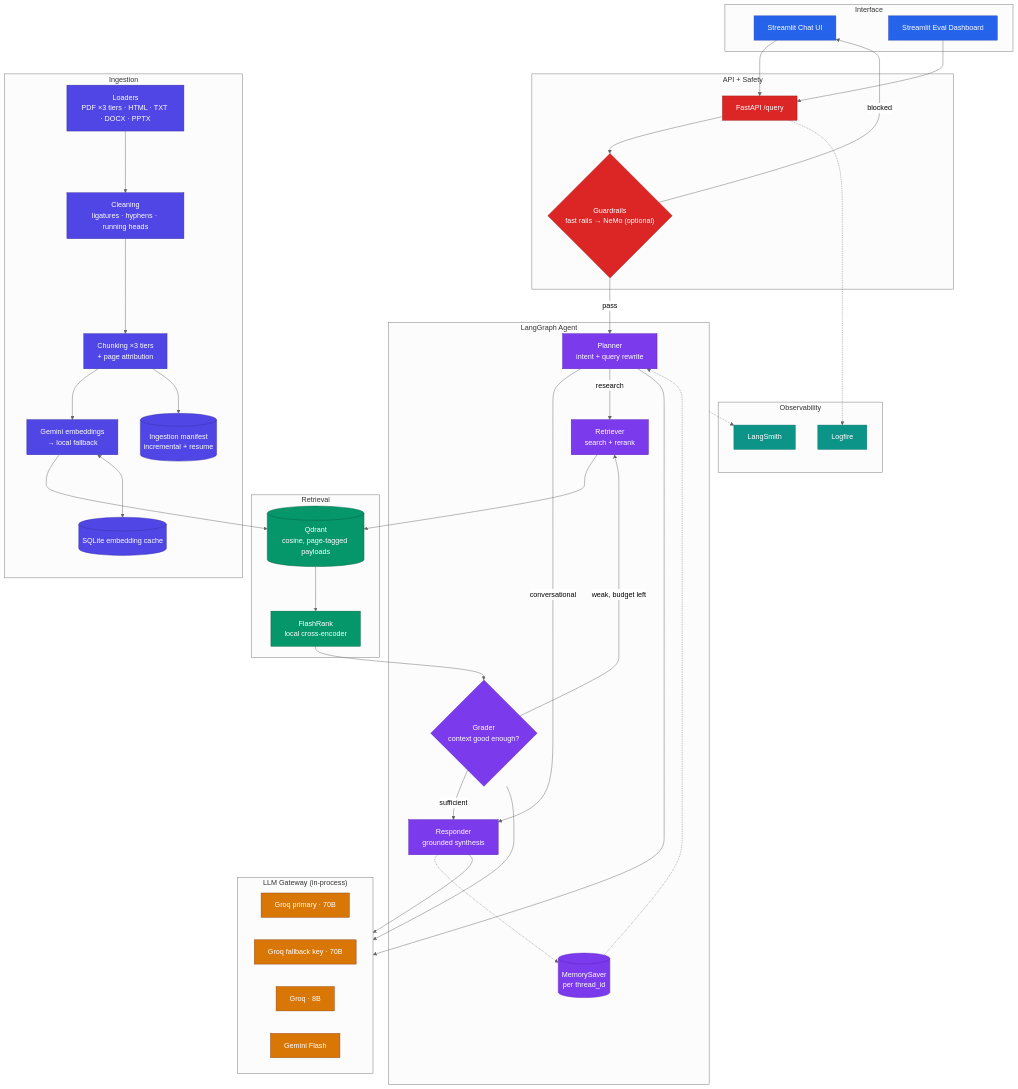
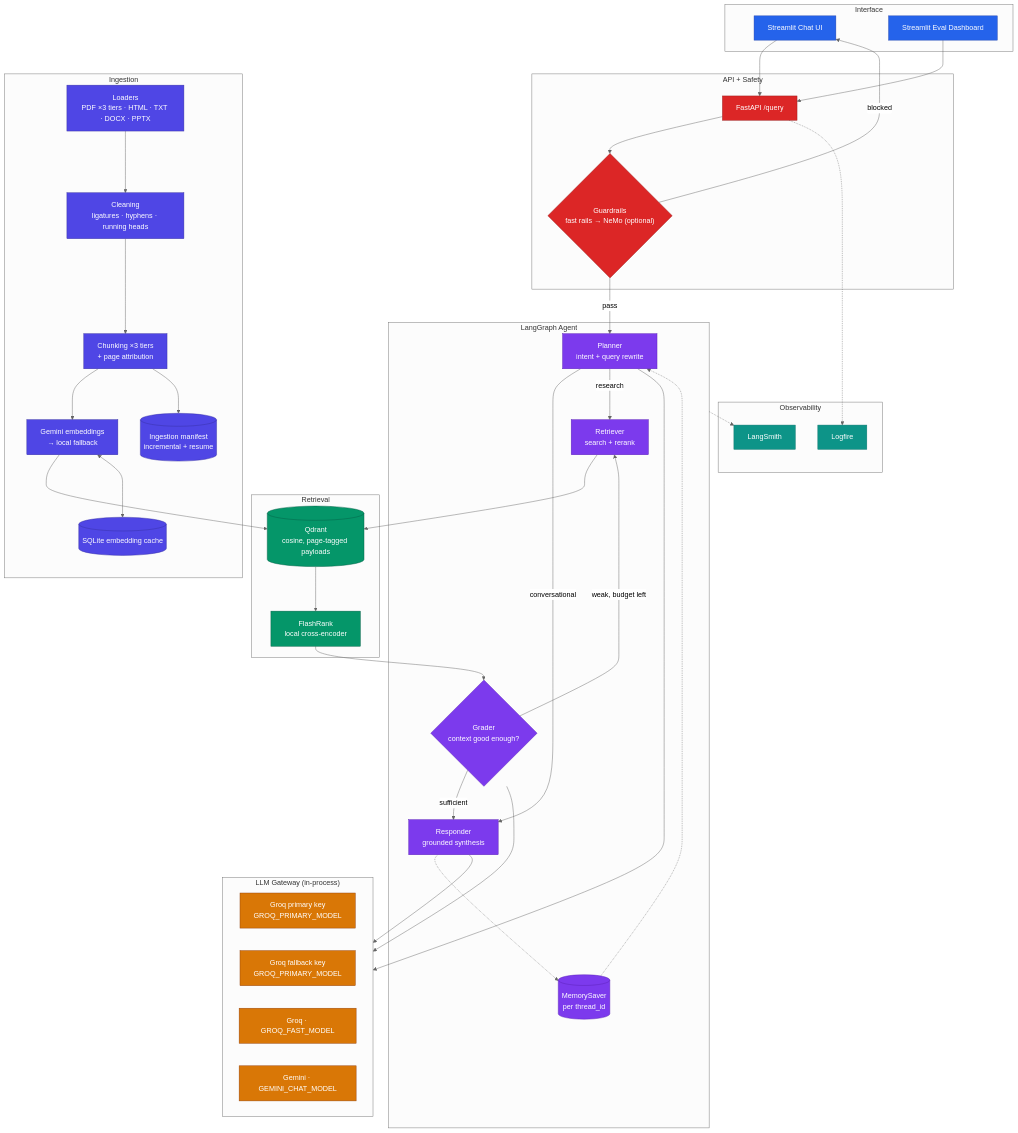
One commit to lomash-choudhary/Final-Year-Project changed the diagram in README.md. Above: the diagram before and after it, drawn with Mermaid (neutral theme). The commit also changed other lines of this file and 20 other files, not shown here.

```diff
--- a/README.md
+++ b/README.md
@@ -55,10 +55,10 @@
     end
 
     subgraph GATEWAY ["LLM Gateway (in-process)"]
-        R1["Groq primary · 70B"]
-        R2["Groq fallback key · 70B"]
-        R3["Groq · 8B"]
-        R4["Gemini Flash"]
+        R1["Groq primary key<br/>GROQ_PRIMARY_MODEL"]
+        R2["Groq fallback key<br/>GROQ_PRIMARY_MODEL"]
+        R3["Groq · GROQ_FAST_MODEL"]
+        R4["Gemini · GEMINI_CHAT_MODEL"]
     end
 
     subgraph INGEST ["Ingestion"]
```
